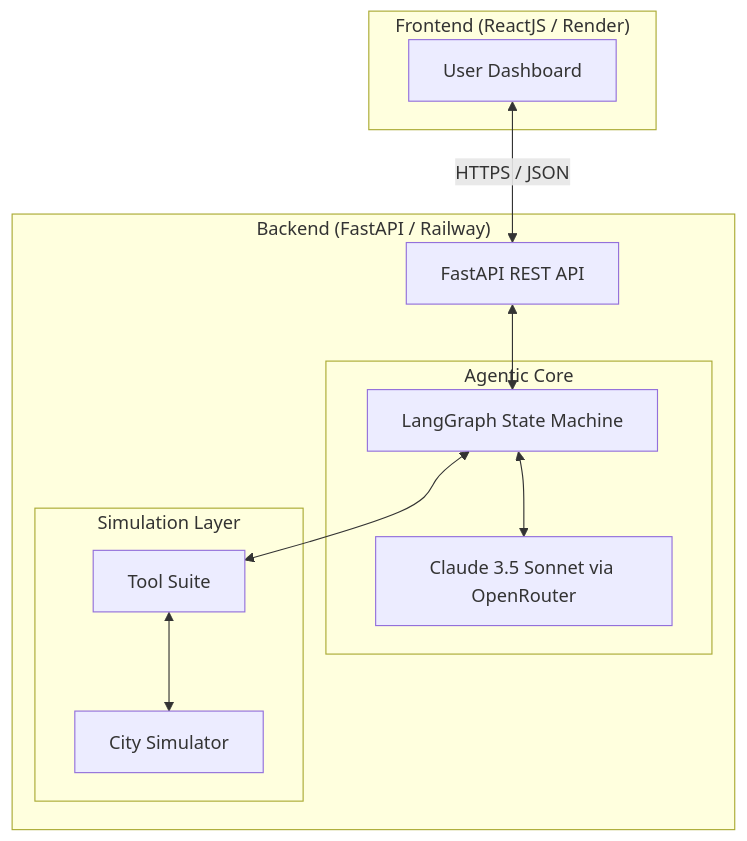
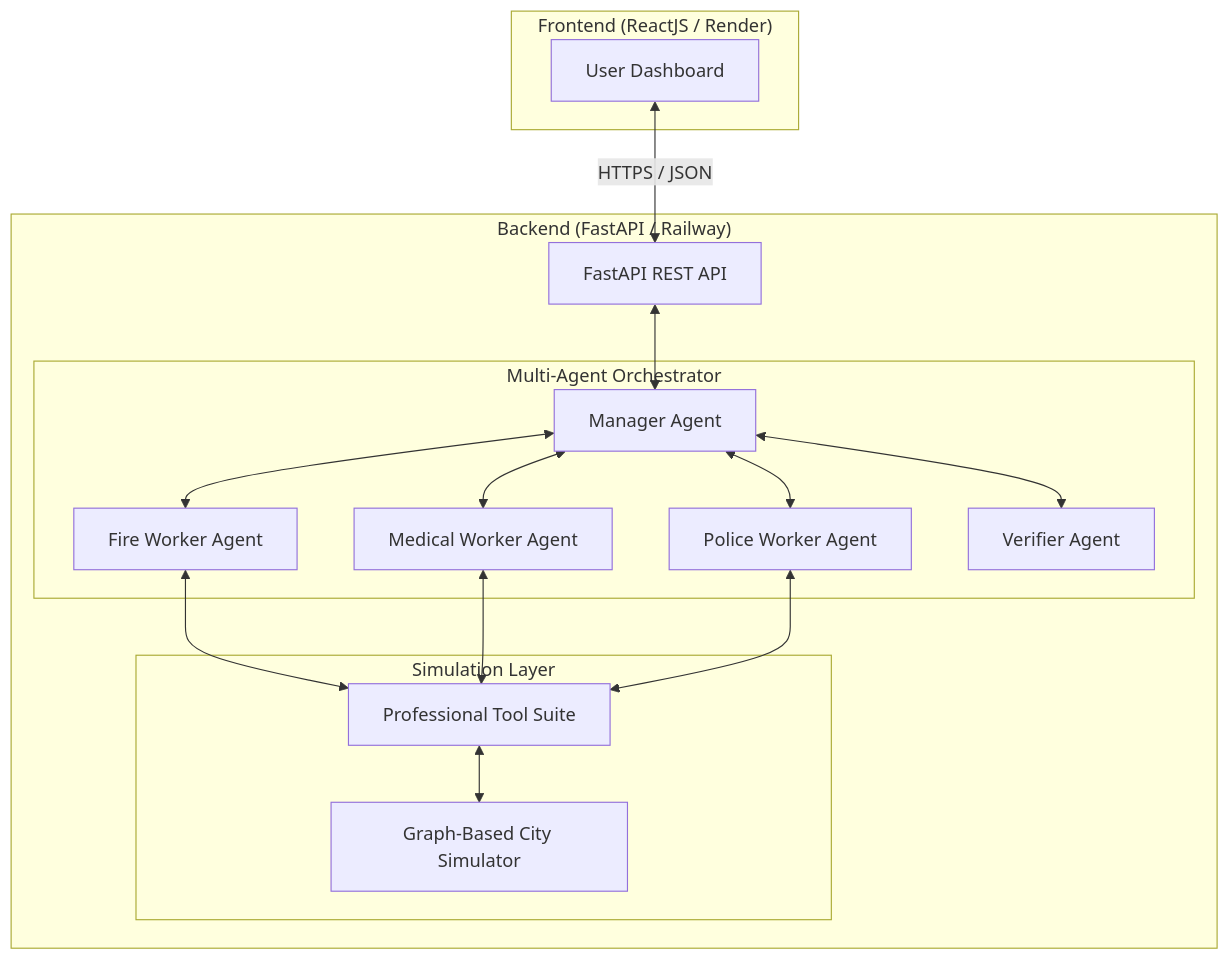
One commit to Hackb07/Urban-Crisis changed the first of 2 diagrams in docs/design.md. Above: the diagram before and after it, drawn with Mermaid. The commit also changed other lines of this file and 4 other files, not shown here.

Commit message:
Upgrade to Professional Multi-Agent System with Graph-based Simulation and Dijkstra routing

````diff
--- a/docs/design.md
+++ b/docs/design.md
@@ -6,26 +6,35 @@
 ```mermaid
 graph TD
     subgraph "Frontend (ReactJS / Render)"
         Client[User Dashboard]
     end
 
     subgraph "Backend (FastAPI / Railway)"
         Gateway[FastAPI REST API]
         
-        subgraph "Agentic Core"
-            Graph[LangGraph State Machine]
-            LLM[Claude 3.5 Sonnet via OpenRouter]
+        subgraph "Multi-Agent Orchestrator"
+            Supervisor[Manager Agent]
+            Fire[Fire Worker Agent]
+            Med[Medical Worker Agent]
+            Pol[Police Worker Agent]
+            Ver[Verifier Agent]
         end
         
         subgraph "Simulation Layer"
-            Sim[City Simulator]
-            Tools[Tool Suite]
+            Sim[Graph-Based City Simulator]
+            Tools[Professional Tool Suite]
         end
     end
 
     Client <-->|HTTPS / JSON| Gateway
-    Gateway <--> Graph
-    Graph <--> Tools
+    Gateway <--> Supervisor
+    Supervisor <--> Fire
+    Supervisor <--> Med
+    Supervisor <--> Pol
+    Supervisor <--> Ver
+    
+    Fire <--> Tools
+    Med <--> Tools
+    Pol <--> Tools
     Tools <--> Sim
-    Graph <--> LLM
 ```
````
